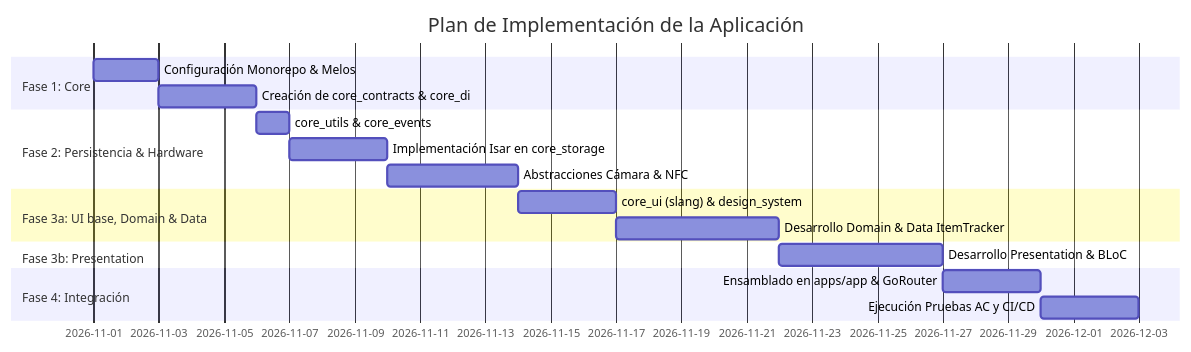
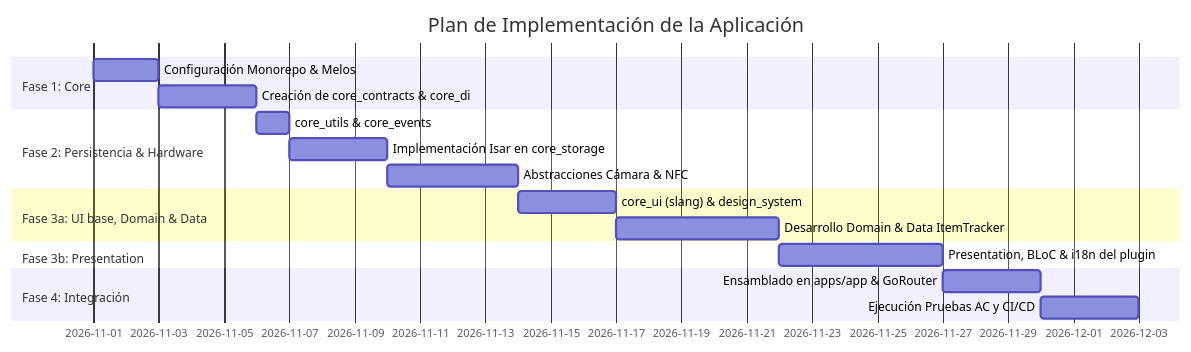
One commit to cristian2024/home_tasks changed the fourth of 4 diagrams in specs/app_spec.md. Above: the diagram before and after it, drawn with Mermaid. The commit also changed other lines of this file and 1 other file, not shown here.

Commit message:
docs: navegación, ScanBloc y definición del plugin; trampas de testing

````diff
--- a/specs/app_spec.md
+++ b/specs/app_spec.md
@@ -951,20 +968,20 @@
 ```mermaid
 gantt
     title Plan de Implementación de la Aplicación
     dateFormat  YYYY-MM-DD
     section Fase 1: Core
     Configuración Monorepo & Melos       :f1_1, 2026-11-01, 2d
     Creación de core_contracts & core_di :f1_2, after f1_1, 3d
     section Fase 2: Persistencia & Hardware
     core_utils & core_events             :f2_0, after f1_2, 1d
     Implementación Isar en core_storage  :f2_1, after f2_0, 3d
     Abstracciones Cámara & NFC           :f2_2, after f2_1, 4d
     section Fase 3a: UI base, Domain & Data
     core_ui (slang) & design_system      :f3_0, after f2_2, 3d
     Desarrollo Domain & Data ItemTracker :f3_1, after f3_0, 5d
     section Fase 3b: Presentation
-    Desarrollo Presentation & BLoC       :f3_2, after f3_1, 5d
+    Presentation, BLoC & i18n del plugin :f3_2, after f3_1, 5d
     section Fase 4: Integración
     Ensamblado en apps/app & GoRouter    :f4_1, after f3_2, 3d
     Ejecución Pruebas AC y CI/CD         :f4_2, after f4_1, 3d
 ```
````
